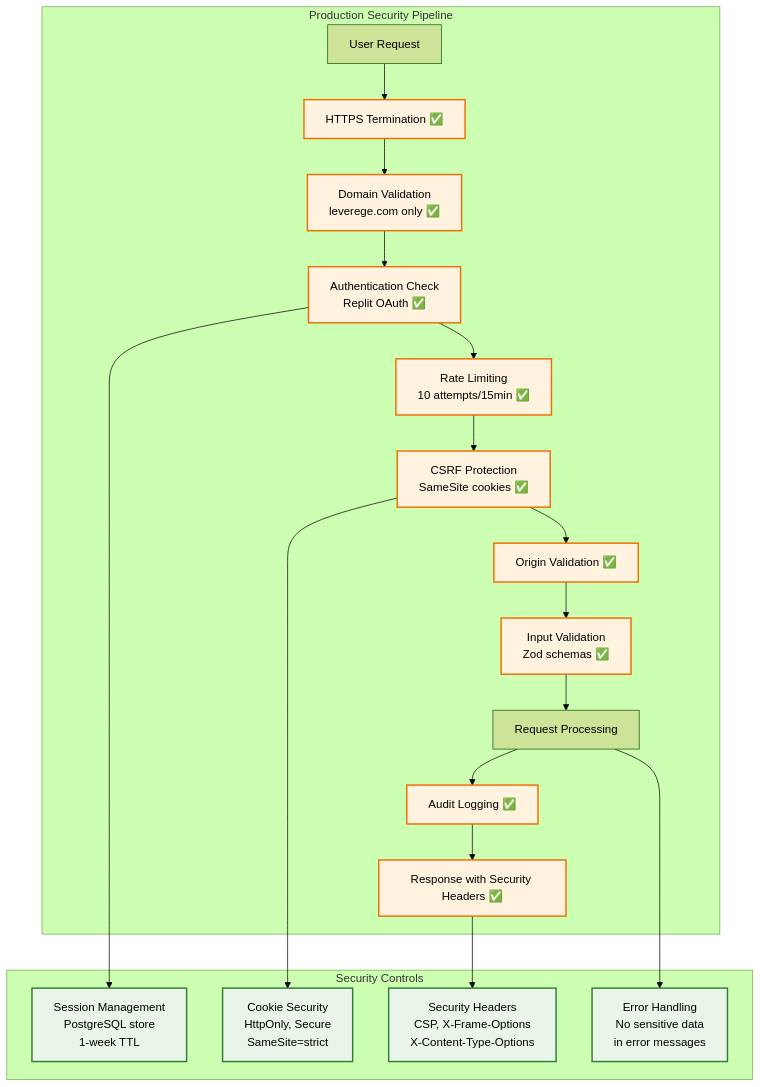
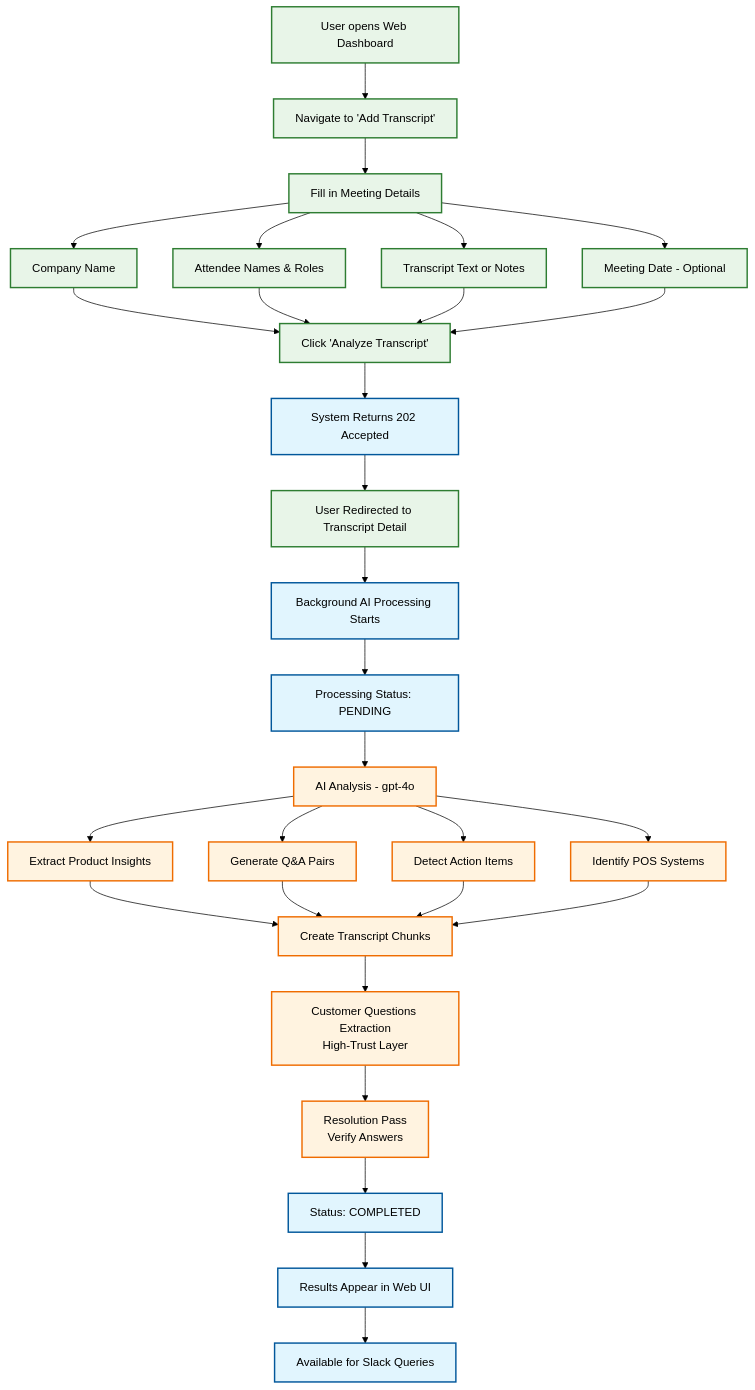
The second of 8 diagrams in docs/VISUAL_SYSTEM_DIAGRAMS.md (Ops-Team-Leverege/Mustard), drawn with Mermaid (forest theme) before and after one commit. The commit also changed other lines of this file and 2 other files, not shown here.

First line of the commit message:
Update documentation to reflect actual Decision Layer architecture

````diff
--- a/docs/VISUAL_SYSTEM_DIAGRAMS.md
+++ b/docs/VISUAL_SYSTEM_DIAGRAMS.md
@@ -85,33 +70,45 @@
 ```mermaid
 graph TD
-    subgraph "Production Security Pipeline"
-        A[User Request] --> B[HTTPS Termination ✅]
-        B --> C[Domain Validation<br/>leverege.com only ✅]
-        C --> D[Authentication Check<br/>Replit OAuth ✅]
-        D --> E[Rate Limiting<br/>10 attempts/15min ✅]
-        E --> F[CSRF Protection<br/>SameSite cookies ✅]
-        F --> G[Origin Validation ✅]
-        G --> H[Input Validation<br/>Zod schemas ✅]
-        H --> I[Request Processing]
-        I --> J[Audit Logging ✅]
-        J --> K[Response with Security Headers ✅]
-    end
+    A[User opens Web Dashboard] --> B[Navigate to 'Add Transcript']
+    B --> C[Fill in Meeting Details]
+    C --> D[Company Name]
+    C --> E[Attendee Names & Roles]
+    C --> F[Transcript Text or Notes]
+    C --> G[Meeting Date - Optional]
     
-    subgraph "Security Controls"
-        L[Session Management<br/>PostgreSQL store<br/>1-week TTL]
-        M[Cookie Security<br/>HttpOnly, Secure<br/>SameSite=strict]
-        N[Security Headers<br/>CSP, X-Frame-Options<br/>X-Content-Type-Options]
-        O[Error Handling<br/>No sensitive data<br/>in error messages]
-    end
+    D --> H[Click 'Analyze Transcript']
+    E --> H
+    F --> H
+    G --> H
     
-    D --> L
-    F --> M
-    K --> N
-    I --> O
+    H --> I[System Returns 202 Accepted]
+    I --> J[User Redirected to Transcript Detail]
+    J --> K[Background AI Processing Starts]
     
-    classDef security fill:#fff3e0,stroke:#ef6c00,stroke-width:2px
-    classDef production fill:#e8f5e8,stroke:#2e7d32,stroke-width:2px
+    K --> L[Processing Status: PENDING]
+    L --> M[AI Analysis - gpt-4o]
+    M --> N[Extract Product Insights]
+    M --> O[Generate Q&A Pairs]
+    M --> P[Detect Action Items]
+    M --> Q[Identify POS Systems]
     
-    class B,C,D,E,F,G,H,J,K security
-    class L,M,N,O production
+    N --> R[Create Transcript Chunks]
+    O --> R
+    P --> R
+    Q --> R
+    
+    R --> S[Customer Questions Extraction<br/>High-Trust Layer]
+    S --> T[Resolution Pass<br/>Verify Answers]
+    T --> U[Status: COMPLETED]
+    
+    U --> V[Results Appear in Web UI]
+    V --> W[Available for Slack Queries]
+    
+    classDef user fill:#e8f5e8,stroke:#2e7d32,stroke-width:2px
+    classDef system fill:#e1f5fe,stroke:#01579b,stroke-width:2px
+    classDef ai fill:#fff3e0,stroke:#ef6c00,stroke-width:2px
+    
+    class A,B,C,D,E,F,G,H,J user
+    class I,K,L,U,V,W system
+    class M,N,O,P,Q,R,S,T ai
 ```
````
